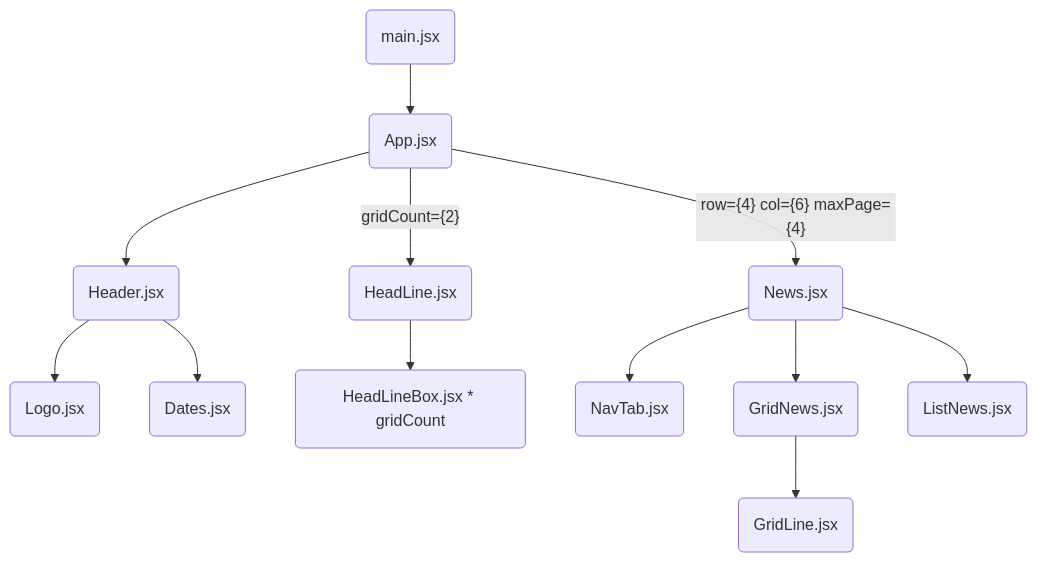
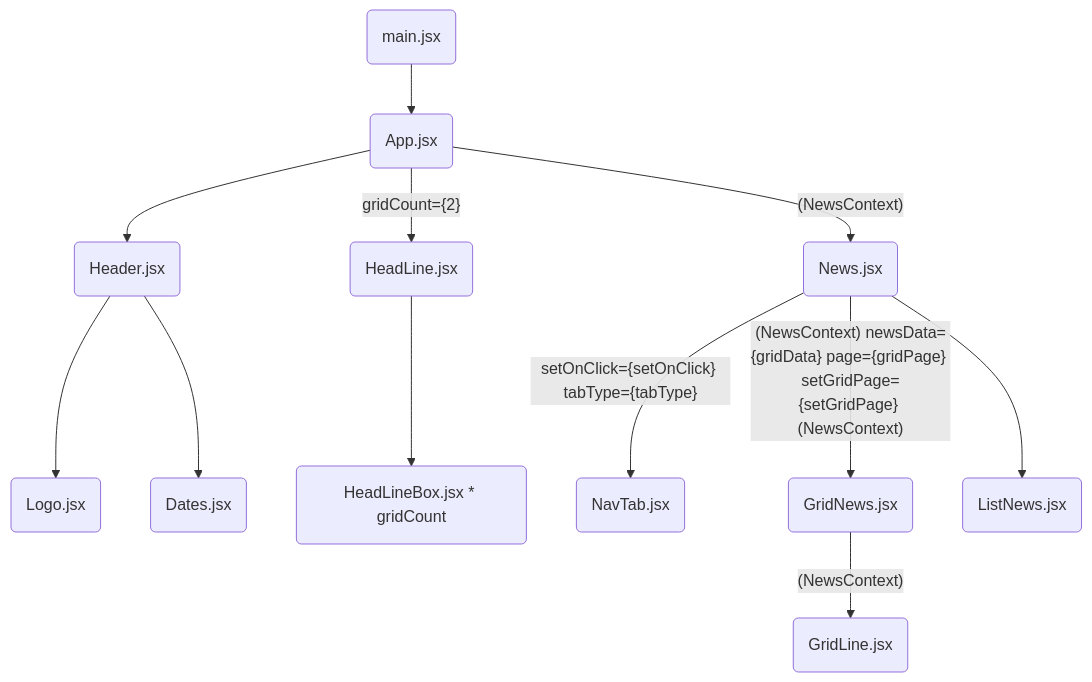
The diagram in README.md (minjeongHEO/fe-newsstand-react), drawn with Mermaid before and after one commit. The commit also changed other lines of this file, not shown here.

````diff
--- a/README.md
+++ b/README.md
@@ -62,23 +65,23 @@
 ```mermaid
 graph TD;
     A(main.jsx)
 
     A-->B(App.jsx);
 
     B-->C(Header.jsx);
     B-- gridCount={2} -->D(HeadLine.jsx);
-    B-- row={4} col={6} maxPage={4} -->E(News.jsx);
+    B-- (NewsContext) -->E(News.jsx);
 
     C-->F(Logo.jsx)
     C-->G(Dates.jsx)
 
     D-->H(HeadLineBox.jsx * gridCount)
 
-    E-->L(NavTab.jsx)
-    E-->I(GridNews.jsx)
+    E-- setOnClick={setOnClick} tabType={tabType} -->L(NavTab.jsx)
+    E-- (NewsContext) newsData={gridData} page={gridPage} setGridPage={setGridPage} (NewsContext) -->I(GridNews.jsx)
     E-->J(ListNews.jsx)
 
-    I-->K(GridLine.jsx)
+    I-- (NewsContext) -->K(GridLine.jsx)
 
 
 ```
````
